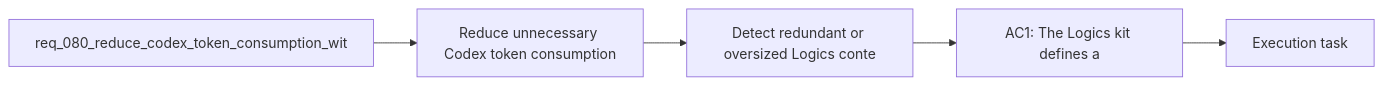
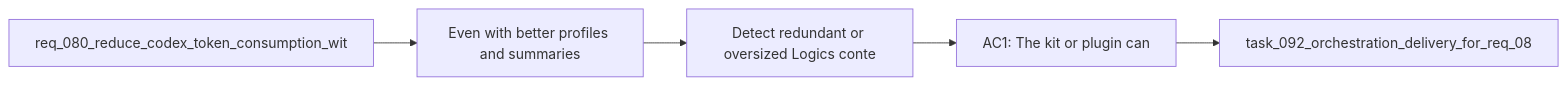
The diagram in logics/backlog/item_107_detect_redundant_or_oversized_logics_context_and_guide_token_hygiene.md (AlexAgo83/logics-manager), drawn with Mermaid before and after one commit. The commit also changed 481 other files, not shown here.

````diff
--- a/logics/backlog/item_107_detect_redundant_or_oversized_logics_context_and_guide_token_hygiene.md
+++ b/logics/backlog/item_107_detect_redundant_or_oversized_logics_context_and_guide_token_hygiene.md
@@ -28,9 +28,9 @@
 ```mermaid
 %% logics-kind: backlog
 %% logics-signature: backlog|detect-redundant-or-oversized-logics-con|req-080-reduce-codex-token-consumption-w|even-with-better-profiles-and-summaries|ac1-the-kit-or-plugin-can
 flowchart LR
-    Request[req_080_reduce_codex_token_consumption_wit] --> Problem[Reduce unnecessary Codex token consumption]
+    Request[req_080_reduce_codex_token_consumption_wit] --> Problem[Even with better profiles and summaries]
     Problem --> Scope[Detect redundant or oversized Logics conte]
-    Scope --> Acceptance[AC1: The Logics kit defines a]
-    Acceptance --> Tasks[Execution task]
+    Scope --> Acceptance[AC1: The kit or plugin can]
+    Acceptance --> Tasks[task_092_orchestration_delivery_for_req_08]
 ```
````
